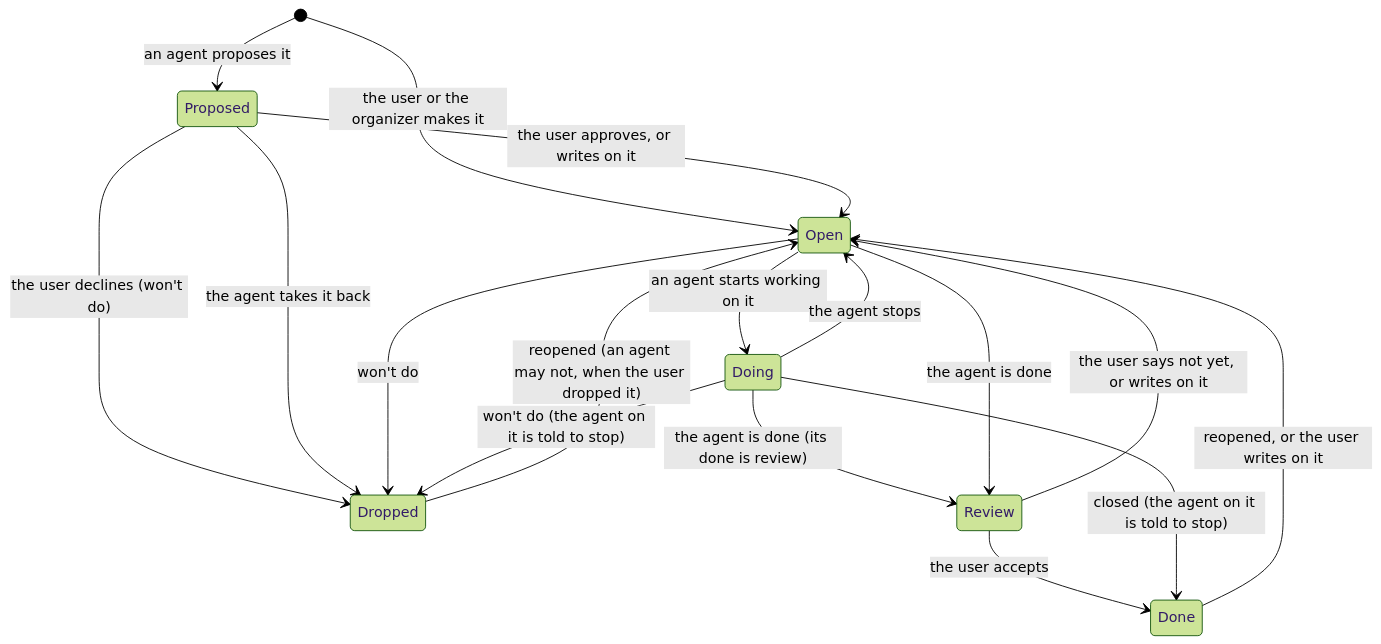
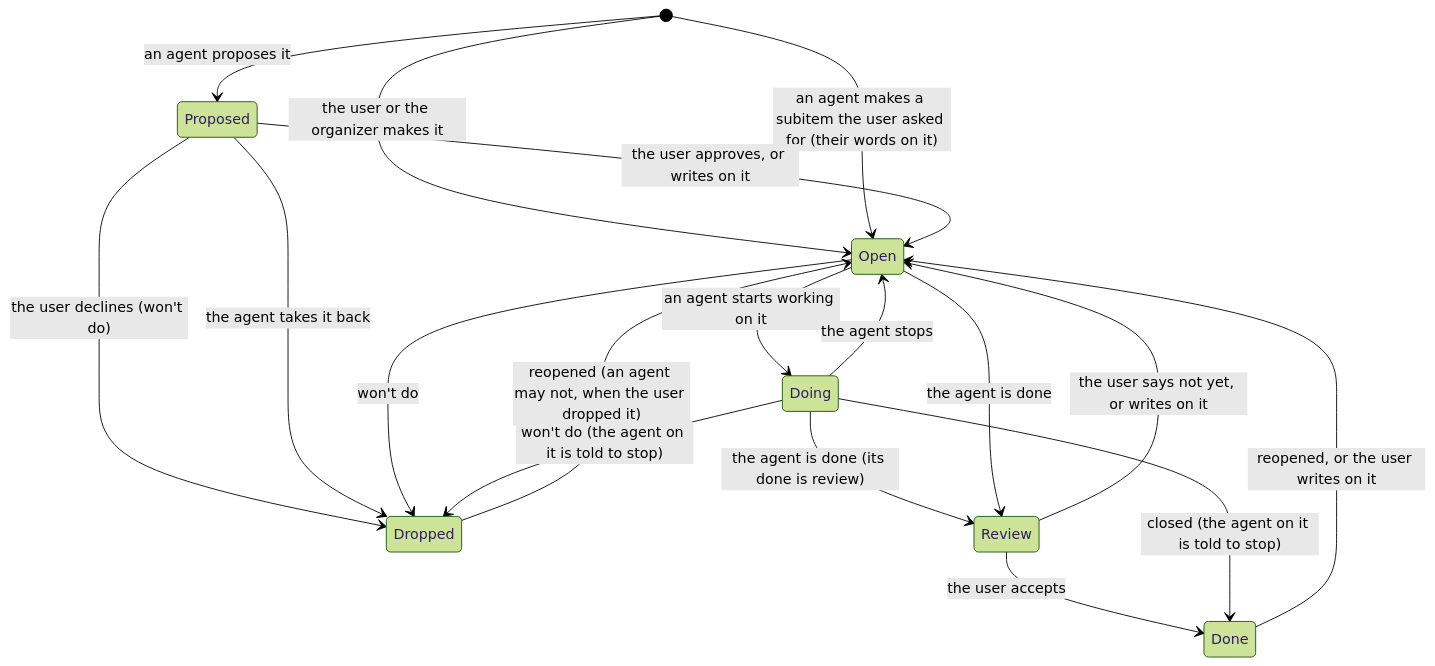
Before and after one commit to ralphite/taska: the diagram in docs/item-states.md, drawn with Mermaid (forest theme). The commit also changed other lines of this file and 5 other files, not shown here.

Commit message:
B818 r1404: a subitem an agent makes from the user's words (parent= and src= an input of theirs) starts open, not proposed

````diff
--- a/docs/item-states.md
+++ b/docs/item-states.md
@@ -16,19 +18,20 @@
 ```mermaid
 stateDiagram-v2
   [*] --> Proposed: an agent proposes it
   [*] --> Open: the user or the organizer makes it
+  [*] --> Open: an agent makes a subitem the user asked for (their words on it)
   Proposed --> Open: the user approves, or writes on it
   Proposed --> Dropped: the user declines (won't do)
   Proposed --> Dropped: the agent takes it back
   Open --> Doing: an agent starts working on it
   Doing --> Open: the agent stops
   Doing --> Review: the agent is done (its done is review)
   Open --> Review: the agent is done
   Review --> Done: the user accepts
   Review --> Open: the user says not yet, or writes on it
   Open --> Dropped: won't do
   Doing --> Dropped: won't do (the agent on it is told to stop)
   Doing --> Done: closed (the agent on it is told to stop)
   Done --> Open: reopened, or the user writes on it
   Dropped --> Open: reopened (an agent may not, when the user dropped it)
 ```
````
